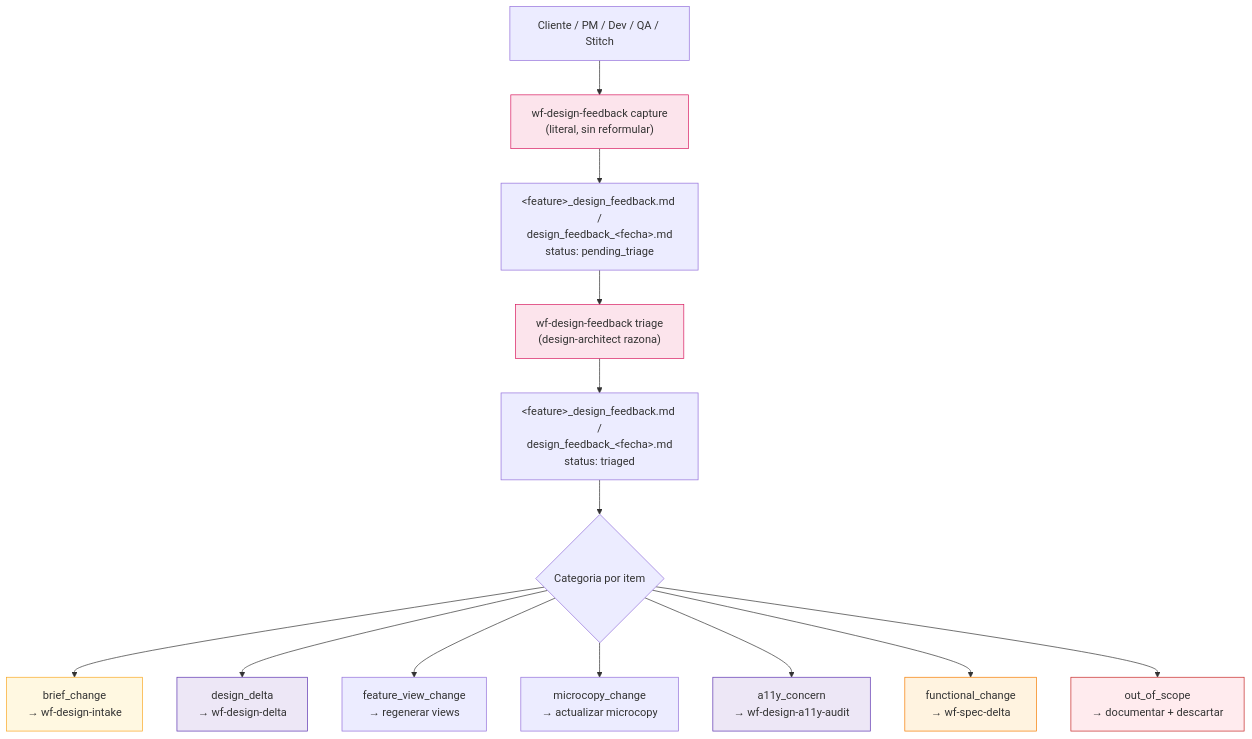
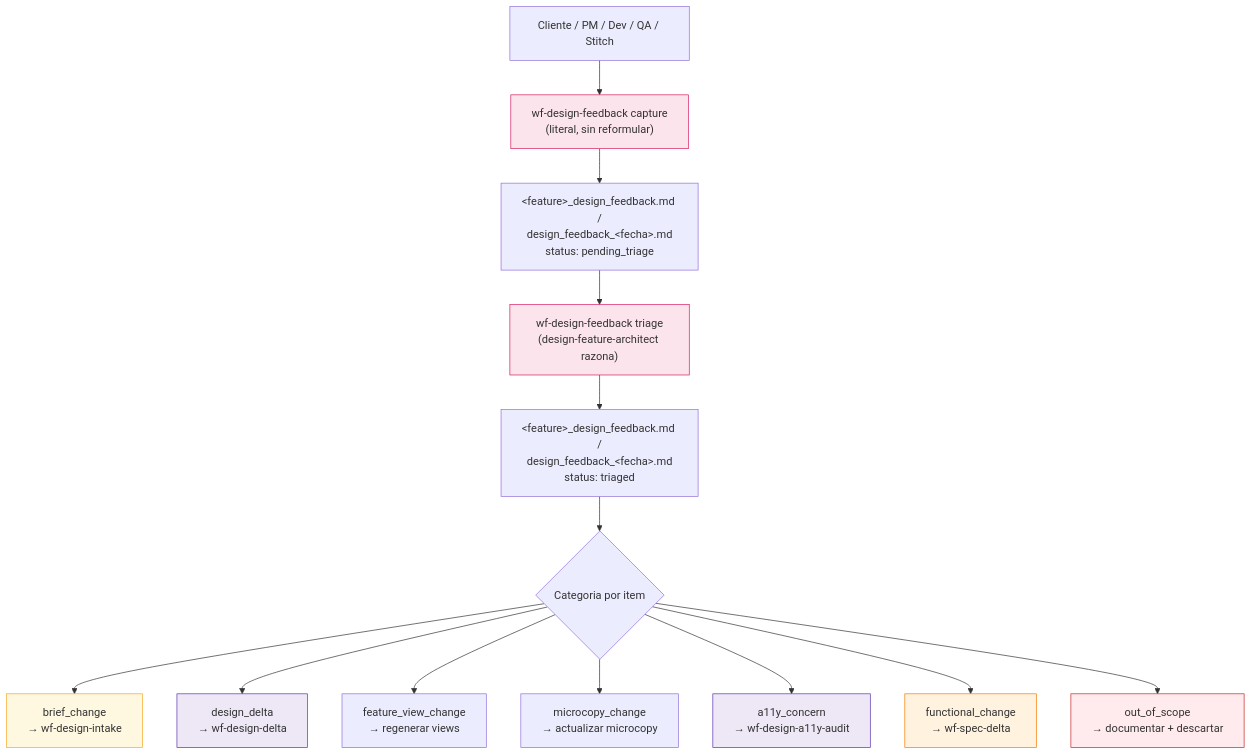
Before and after one commit to OspofeDeveloper/ai-dev-agents-lab: the ninth of 9 diagrams in sdd/pipeline/design/DIAGRAMS.md, drawn with Mermaid. The commit also changed other lines of this file and 42 other files, not shown here.

Commit message:
DONE: Ajustar flujo init-project; DONE: Separar agentes de design según agnostico o feature

````diff
--- a/sdd/pipeline/design/DIAGRAMS.md
+++ b/sdd/pipeline/design/DIAGRAMS.md
@@ -418,38 +418,38 @@
 ```mermaid
 flowchart TD
     Stakeholder["Cliente / PM / Dev / QA / Stitch"]
     Capture["wf-design-feedback capture<br/>(literal, sin reformular)"]
     File["&lt;feature&gt;_design_feedback.md /<br/>design_feedback_&lt;fecha&gt;.md<br/>status: pending_triage"]
-    Triage["wf-design-feedback triage<br/>(design-architect razona)"]
+    Triage["wf-design-feedback triage<br/>(design-feature-architect razona)"]
     Triaged["&lt;feature&gt;_design_feedback.md /<br/>design_feedback_&lt;fecha&gt;.md<br/>status: triaged"]
 
     Cats{"Categoria por item"}
     Brief["brief_change<br/>→ wf-design-intake"]
     Delta["design_delta<br/>→ wf-design-delta"]
     View["feature_view_change<br/>→ regenerar views"]
     Copy["microcopy_change<br/>→ actualizar microcopy"]
     A11y["a11y_concern<br/>→ wf-design-a11y-audit"]
     Func["functional_change<br/>→ wf-spec-delta"]
     OOS["out_of_scope<br/>→ documentar + descartar"]
 
     Stakeholder --> Capture
     Capture --> File
     File --> Triage
     Triage --> Triaged
     Triaged --> Cats
     Cats --> Brief
     Cats --> Delta
     Cats --> View
     Cats --> Copy
     Cats --> A11y
     Cats --> Func
     Cats --> OOS
 
     style Capture fill:#fce4ec,stroke:#d81b60
     style Triage fill:#fce4ec,stroke:#d81b60
     style Brief fill:#fff8e1,stroke:#f9a825
     style Delta fill:#ede7f6,stroke:#5e35b1
     style A11y fill:#ede7f6,stroke:#5e35b1
     style Func fill:#fff3e0,stroke:#f57c00
     style OOS fill:#ffebee,stroke:#c62828
 ```
````
